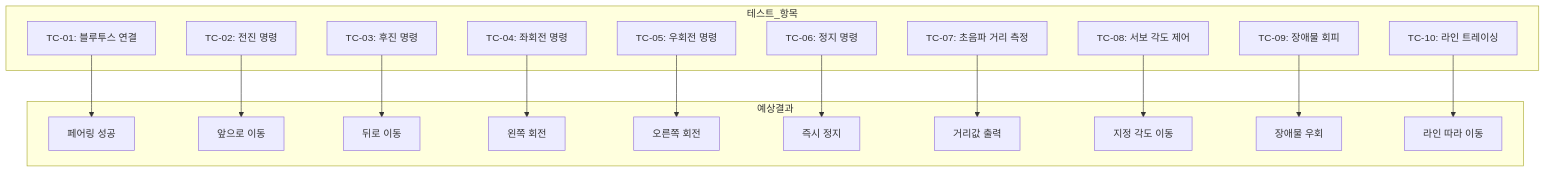
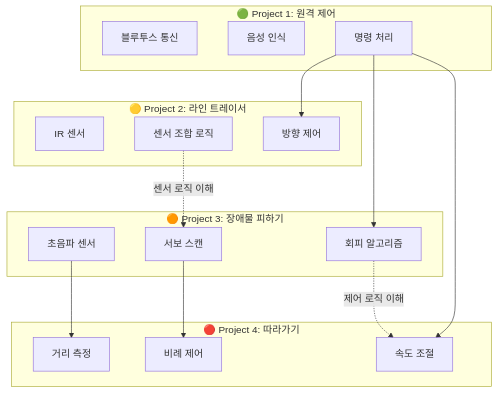
Before and after one commit to Collegenie-X/Arduino_AutoPlot: diagram 20 of 20 in document/algorithms_flowchart.md, drawn with Mermaid. The commit also changed other lines of this file and 3 other files, not shown here.

````diff
--- a/document/algorithms_flowchart.md
+++ b/document/algorithms_flowchart.md
@@ -470,39 +555,36 @@
 ```mermaid
 flowchart TB
-    subgraph 테스트_항목
-        T1[TC-01: 블루투스 연결]
-        T2[TC-02: 전진 명령]
-        T3[TC-03: 후진 명령]
-        T4[TC-04: 좌회전 명령]
-        T5[TC-05: 우회전 명령]
-        T6[TC-06: 정지 명령]
-        T7[TC-07: 초음파 거리 측정]
-        T8[TC-08: 서보 각도 제어]
-        T9[TC-09: 장애물 회피]
-        T10[TC-10: 라인 트레이싱]
+    subgraph Project1[🟢 Project 1: 원격 제어]
+        P1A[블루투스 통신]
+        P1B[음성 인식]
+        P1C[명령 처리]
     end
     
-    subgraph 예상결과
-        R1[페어링 성공]
-        R2[앞으로 이동]
-        R3[뒤로 이동]
-        R4[왼쪽 회전]
-        R5[오른쪽 회전]
-        R6[즉시 정지]
-        R7[거리값 출력]
-        R8[지정 각도 이동]
-        R9[장애물 우회]
-        R10[라인 따라 이동]
+    subgraph Project2[🟡 Project 2: 라인 트레이서]
+        P2A[IR 센서]
+        P2B[센서 조합 로직]
+        P2C[방향 제어]
     end
     
-    T1 --> R1
-    T2 --> R2
-    T3 --> R3
-    T4 --> R4
-    T5 --> R5
-    T6 --> R6
-    T7 --> R7
-    T8 --> R8
-    T9 --> R9
-    T10 --> R10
+    subgraph Project3[🟠 Project 3: 장애물 피하기]
+        P3A[초음파 센서]
+        P3B[서보 스캔]
+        P3C[회피 알고리즘]
+    end
+    
+    subgraph Project4[🔴 Project 4: 따라가기]
+        P4A[거리 측정]
+        P4B[비례 제어]
+        P4C[속도 조절]
+    end
+    
+    P1C --> P2C
+    P1C --> P3C
+    P1C --> P4C
+    
+    P3A --> P4A
+    P3B --> P4B
+    
+    P2B -.->|센서 로직 이해| P3B
+    P3C -.->|제어 로직 이해| P4C
 ```
````
